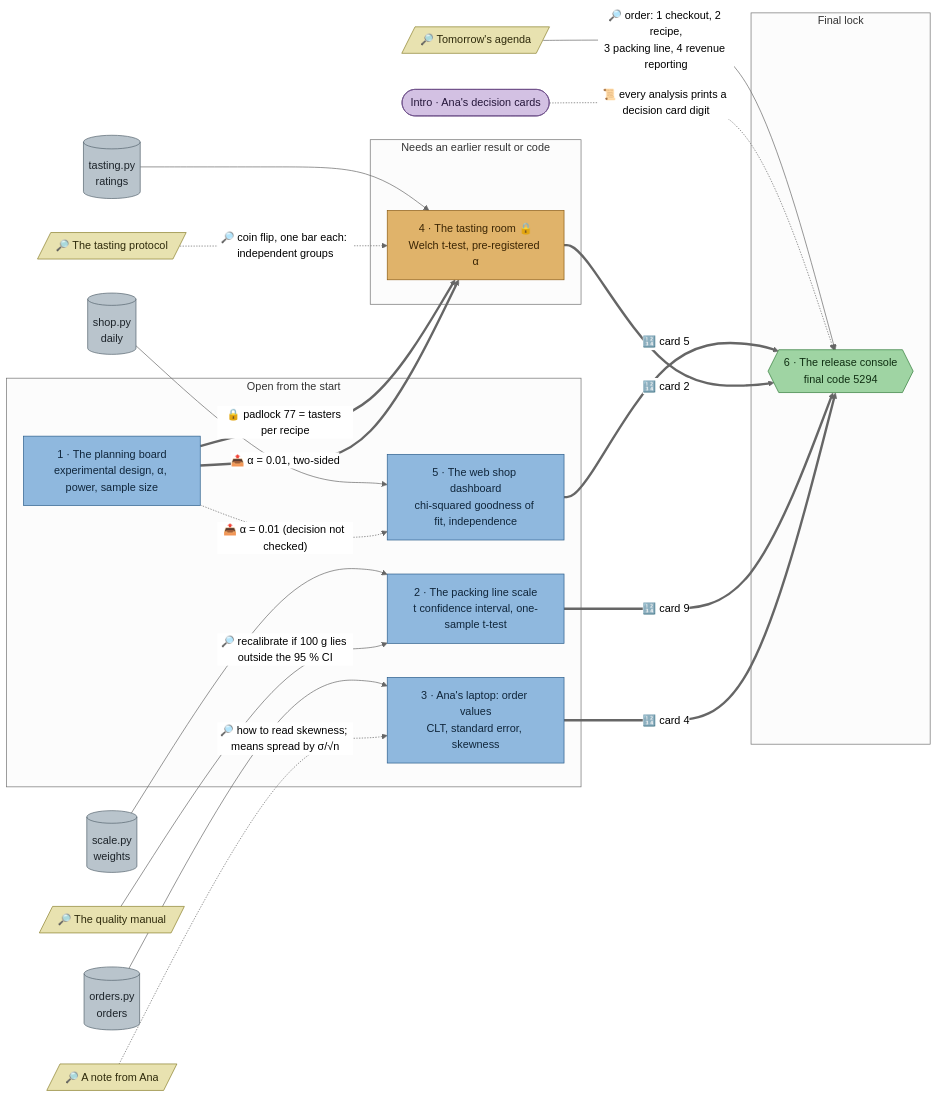
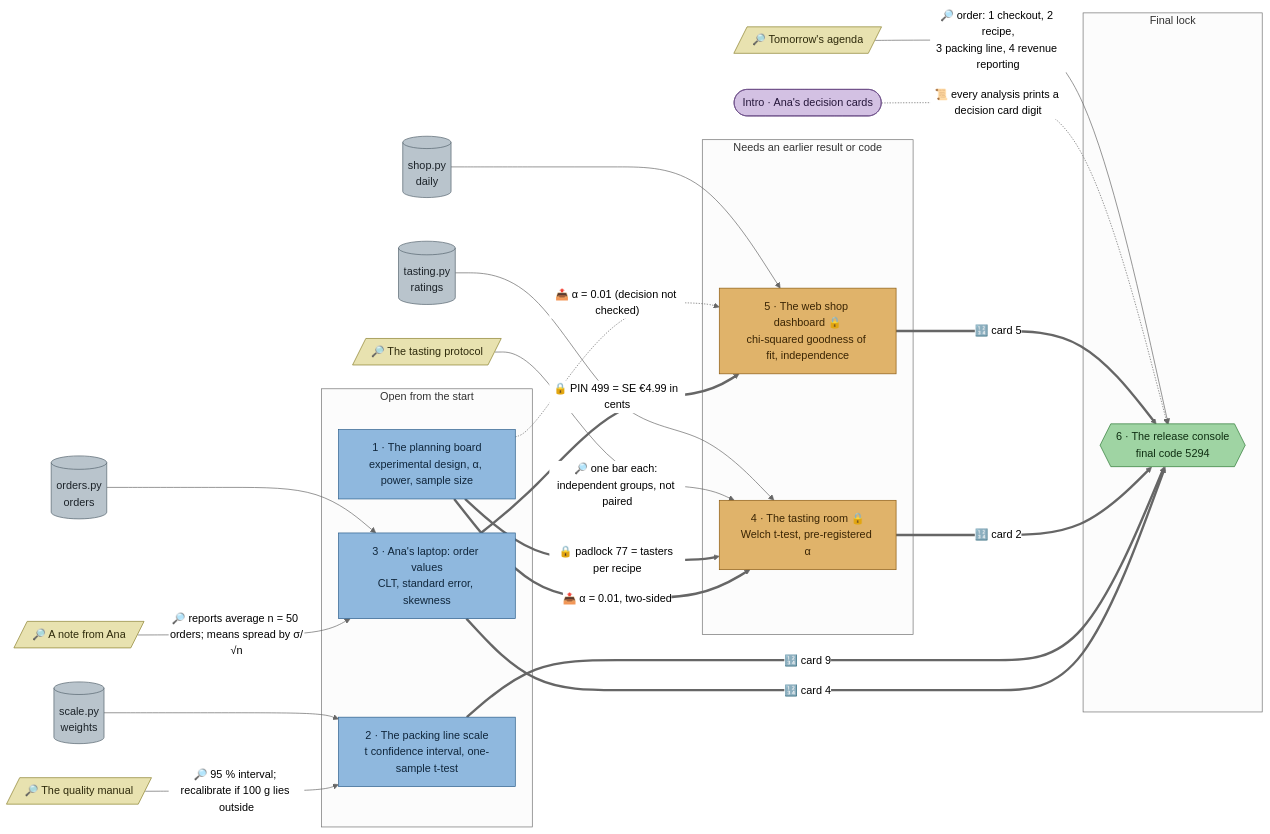
The diagram in docs/flows/stats-ab.md (mhoffmann-wbs/DataScienceEscapeRooms), drawn with Mermaid (neutral theme) before and after one commit. The commit also changed other lines of this file and 8 other files, not shown here.

````diff
--- a/docs/flows/stats-ab.md
+++ b/docs/flows/stats-ab.md
@@ -5,62 +5,63 @@
 ```mermaid
 flowchart LR
   intro(["Intro · Ana's decision cards"])
 
   qcmanual[/"🔎 The quality manual"/]
   ananote[/"🔎 A note from Ana"/]
   tastingsheet[/"🔎 The tasting protocol"/]
   agenda[/"🔎 Tomorrow's agenda"/]
 
   d_scale[("scale.py<br/>weights")]
   d_orders[("orders.py<br/>orders")]
   d_tasting[("tasting.py<br/>ratings")]
   d_checkout[("shop.py<br/>daily")]
 
   subgraph p1["Open from the start"]
     plan["1 · The planning board<br/>experimental design, α, power, sample size"]
     scale["2 · The packing line scale<br/>t confidence interval, one-sample t-test"]
     orders["3 · Ana's laptop: order values<br/>CLT, standard error, skewness"]
-    checkout["5 · The web shop dashboard<br/>chi-squared goodness of fit, independence"]
   end
 
   subgraph p2["Needs an earlier result or code"]
     tasting["4 · The tasting room 🔒<br/>Welch t-test, pre-registered α"]
+    checkout["5 · The web shop dashboard 🔒<br/>chi-squared goodness of fit, independence"]
   end
 
   subgraph p3["Final lock"]
     release{{"6 · The release console<br/>final code 5294"}}
   end
 
   d_scale --> scale
   d_orders --> orders
   d_tasting --> tasting
   d_checkout --> checkout
 
-  qcmanual -->|"🔎 recalibrate if 100 g lies outside the 95 % CI"| scale
-  ananote -.->|"🔎 how to read skewness; means spread by σ/√n"| orders
-  tastingsheet -.->|"🔎 coin flip, one bar each: independent groups"| tasting
+  qcmanual -->|"🔎 95 % interval; recalibrate if 100 g lies outside"| scale
+  ananote -->|"🔎 reports average n = 50 orders; means spread by σ/√n"| orders
+  tastingsheet -->|"🔎 one bar each: independent groups, not paired"| tasting
   agenda -->|"🔎 order: 1 checkout, 2 recipe,<br/>3 packing line, 4 revenue reporting"| release
   intro -.->|"📜 every analysis prints a decision card digit"| release
 
   plan ==>|"🔒 padlock 77 = tasters per recipe"| tasting
   plan ==>|"📤 α = 0.01, two-sided"| tasting
   plan -.->|"📤 α = 0.01 (decision not checked)"| checkout
+  orders ==>|"🔒 PIN 499 = SE €4.99 in cents"| checkout
 
   checkout ==>|"🔢 card 5"| release
   tasting ==>|"🔢 card 2"| release
   scale ==>|"🔢 card 9"| release
   orders ==>|"🔢 card 4"| release
 
   classDef station fill:#8fb8de,stroke:#2b5d8a,color:#10263b
   classDef locked fill:#e0b36a,stroke:#8a5a12,color:#3a2504
   classDef clue fill:#e8e2b0,stroke:#8a7f2b,color:#2e2a0b
   classDef data fill:#b9c4cc,stroke:#55636e,color:#1c2329
   classDef final fill:#9fd4a3,stroke:#2f7a36,color:#0f2e12
   classDef intro fill:#d3c1e3,stroke:#6a4c86,color:#25163a
-  class plan,scale,orders,checkout station
-  class tasting locked
+  class plan,scale,orders station
+  class tasting,checkout locked
   class qcmanual,ananote,tastingsheet,agenda clue
   class d_scale,d_orders,d_tasting,d_checkout data
   class release final
   class intro intro
 ```
````
